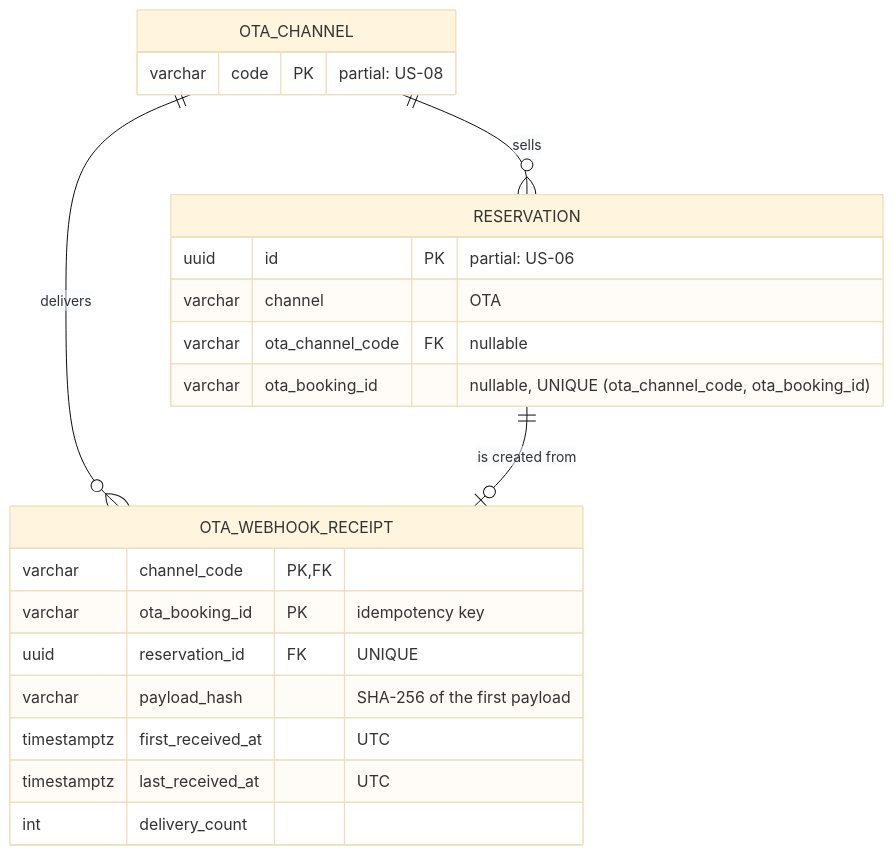
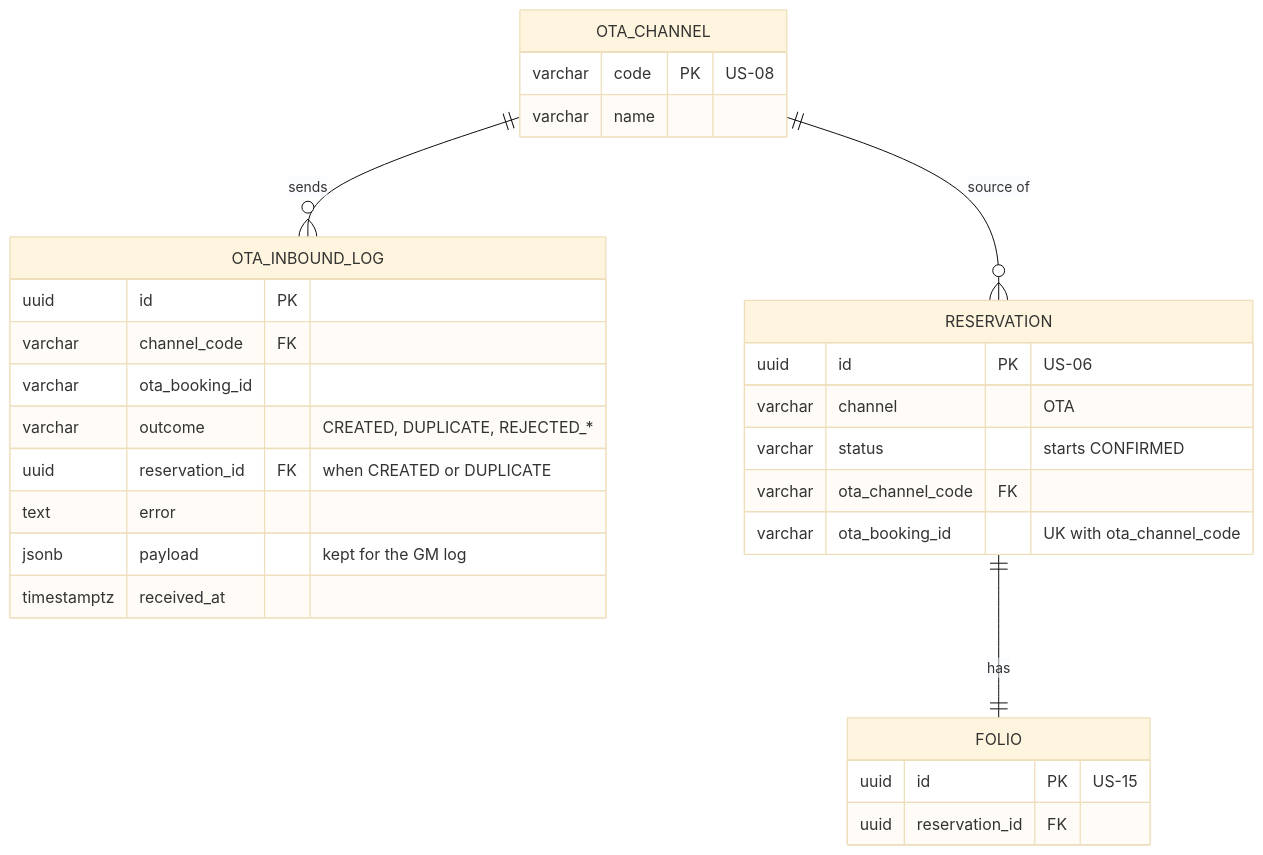
One commit to BraceroInSabot/Motel-Starmie changed the second of 3 diagrams in docs/Initial Requirements/Diagrams/US-07 - OTA Booking Ingestion via Channel Manager Webhook.md. Above: the diagram before and after it, drawn with Mermaid (base theme). The commit also changed other lines of this file and 51 other files, not shown here.

````diff
--- a/docs/Initial Requirements/Diagrams/US-07 - OTA Booking Ingestion via Channel Manager Webhook.md
+++ b/docs/Initial Requirements/Diagrams/US-07 - OTA Booking Ingestion via Channel Manager Webhook.md
@@ -168,25 +143,32 @@
 ```mermaid
 erDiagram
-    OTA_CHANNEL ||--o{ OTA_WEBHOOK_RECEIPT : "delivers"
-    RESERVATION ||--o| OTA_WEBHOOK_RECEIPT : "is created from"
-    OTA_CHANNEL ||--o{ RESERVATION : "sells"
+    OTA_CHANNEL ||--o{ OTA_INBOUND_LOG : "sends"
+    OTA_CHANNEL ||--o{ RESERVATION : "source of"
+    RESERVATION ||--|| FOLIO : "has"
 
     OTA_CHANNEL {
-        varchar code PK "partial: US-08"
-    }
-    OTA_WEBHOOK_RECEIPT {
-        varchar channel_code PK, FK
-        varchar ota_booking_id PK "idempotency key"
-        uuid reservation_id FK "UNIQUE"
-        varchar payload_hash "SHA-256 of the first payload"
-        timestamptz first_received_at "UTC"
-        timestamptz last_received_at "UTC"
-        int delivery_count
+        varchar code PK "US-08"
+        varchar name
     }
     RESERVATION {
-        uuid id PK "partial: US-06"
+        uuid id PK "US-06"
         varchar channel "OTA"
-        varchar ota_channel_code FK "nullable"
-        varchar ota_booking_id "nullable, UNIQUE (ota_channel_code, ota_booking_id)"
+        varchar status "starts CONFIRMED"
+        varchar ota_channel_code FK
+        varchar ota_booking_id "UK with ota_channel_code"
+    }
+    OTA_INBOUND_LOG {
+        uuid id PK
+        varchar channel_code FK
+        varchar ota_booking_id
+        varchar outcome "CREATED, DUPLICATE, REJECTED_*"
+        uuid reservation_id FK "when CREATED or DUPLICATE"
+        text error
+        jsonb payload "kept for the GM log"
+        timestamptz received_at
+    }
+    FOLIO {
+        uuid id PK "US-15"
+        uuid reservation_id FK
     }
 ```
````
